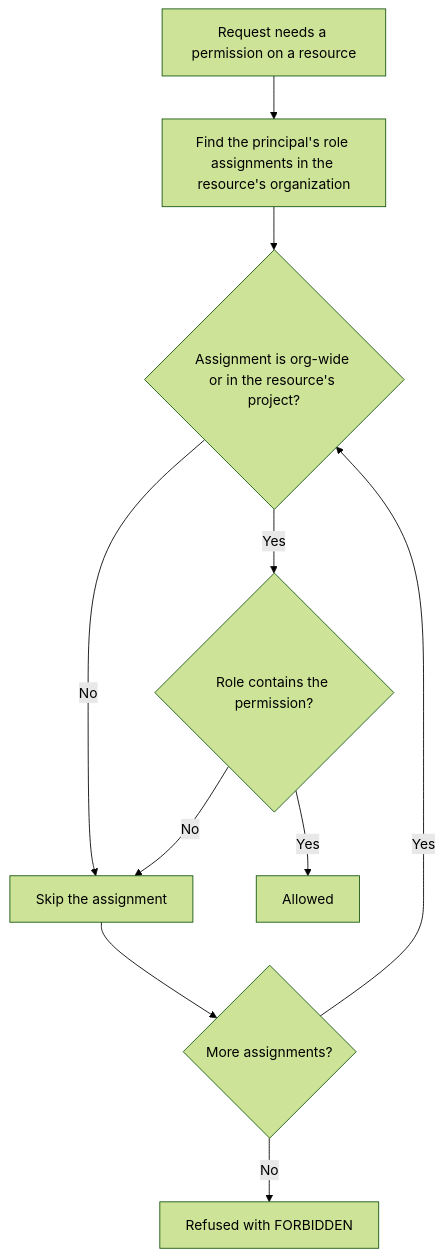
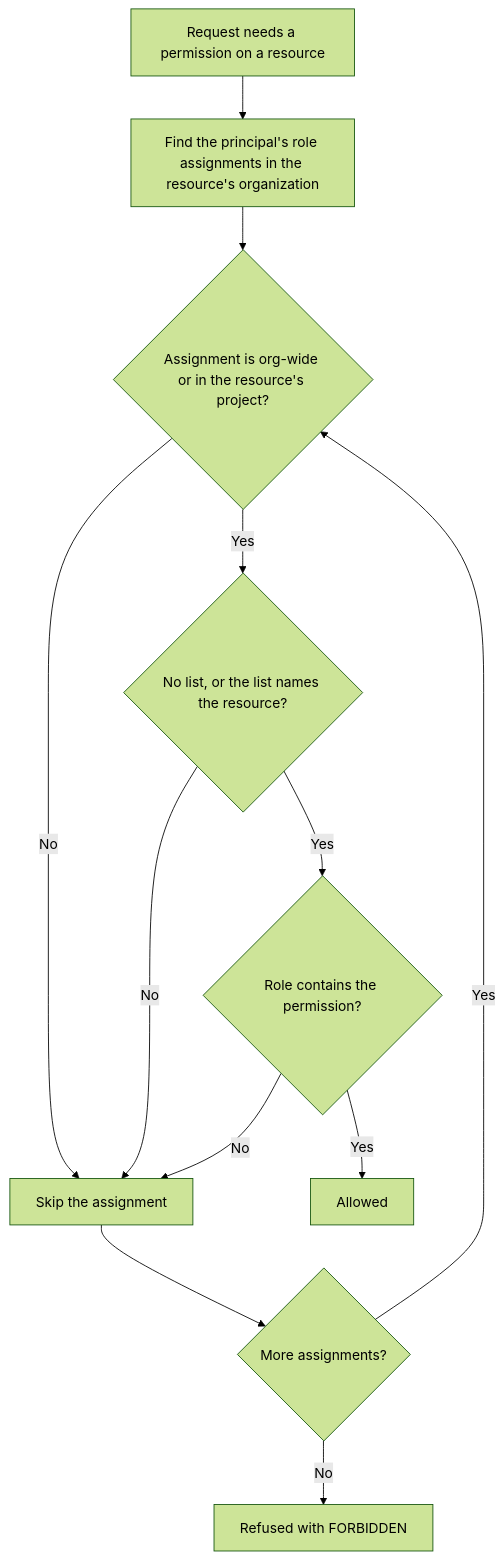
One commit to origincloudhq/docs changed the diagram in docs/iam/access-model.md. Above: the diagram before and after it, drawn with Mermaid (forest theme). The commit also changed other lines of this file and 100 other files, not shown here.

````diff
--- a/docs/iam/access-model.md
+++ b/docs/iam/access-model.md
@@ -78,14 +101,16 @@
 ```mermaid
 flowchart TD
   accTitle: Authorizing a request
-  accDescr: The platform finds the caller's role assignments in the resource's organization. It skips assignments scoped to a different project. If any remaining assignment's role contains the required permission, the request is allowed; otherwise it is refused.
+  accDescr: The platform finds the caller's role assignments in the resource's organization. It skips assignments scoped to a different project, and assignments with a list of resources that doesn't name the resource. If any remaining assignment's role contains the required permission, the request is allowed; otherwise it is refused.
   req[Request needs a permission on a resource] --> find[Find the principal's role assignments in the resource's organization]
   find --> scope{Assignment is org-wide or in the resource's project?}
   scope -->|No| skip[Skip the assignment]
-  scope -->|Yes| perm{Role contains the permission?}
+  scope -->|Yes| listed{No list, or the list names the resource?}
+  listed -->|No| skip
+  listed -->|Yes| perm{Role contains the permission?}
   perm -->|Yes| allow[Allowed]
   perm -->|No| skip
   skip --> more{More assignments?}
   more -->|Yes| scope
   more -->|No| deny[Refused with FORBIDDEN]
 ```
````
